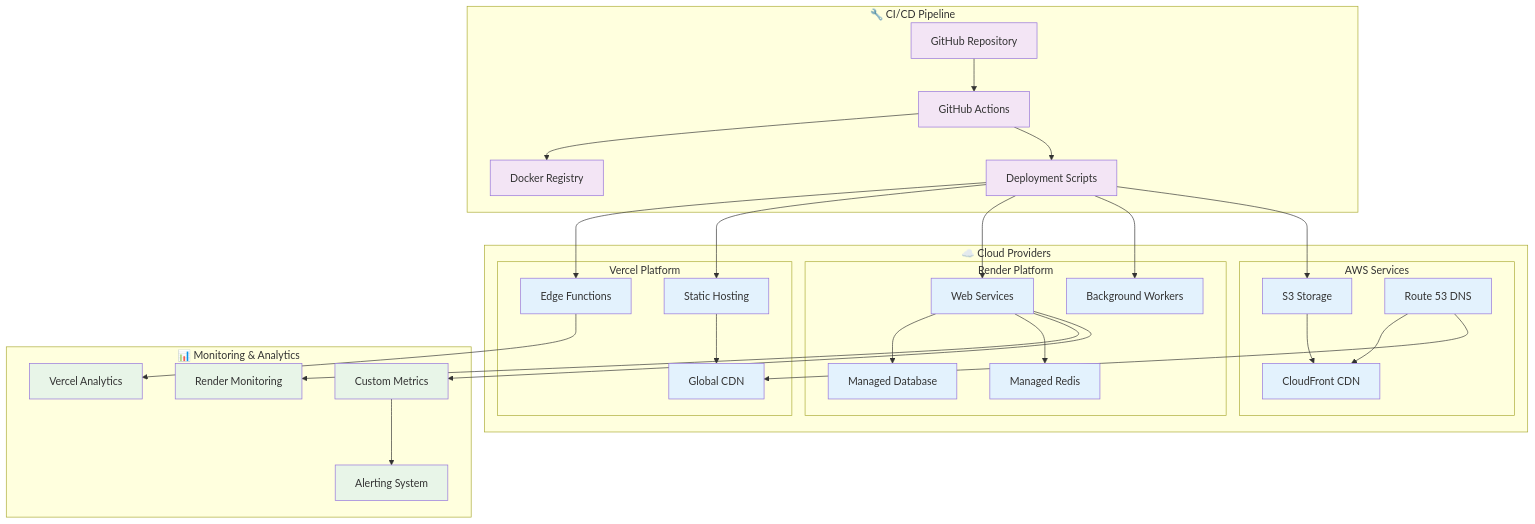
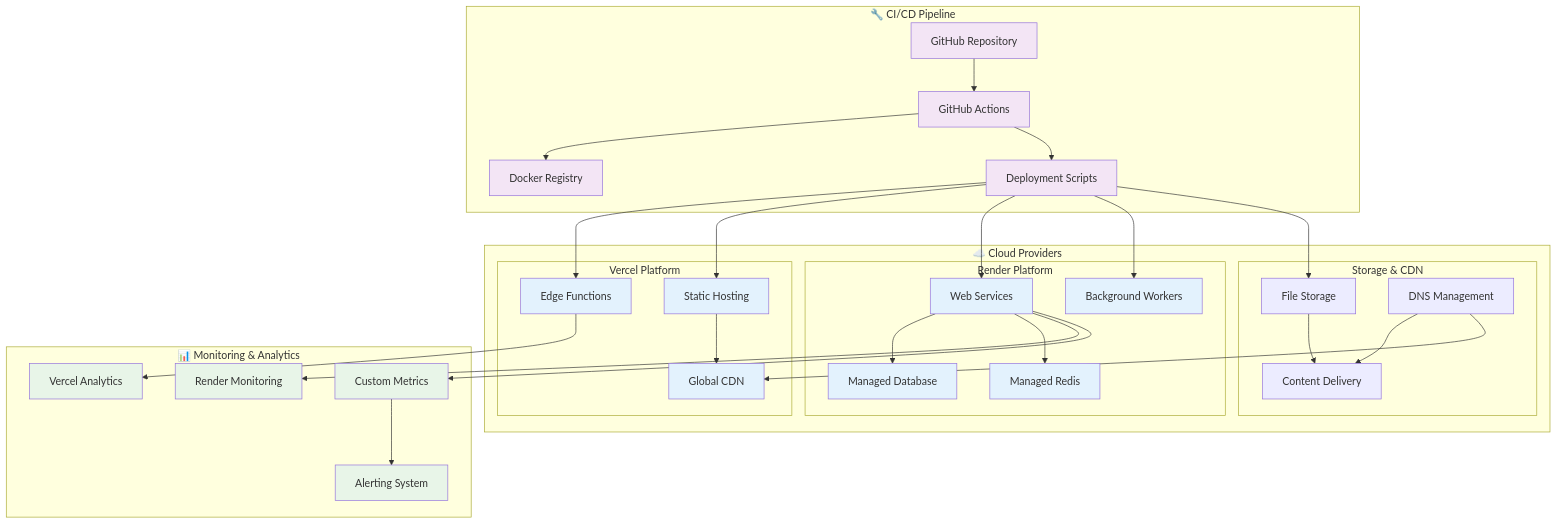
Before and after one commit to akramahmed1/QuantaEnergi: the third of 6 diagrams in docs/architecture/deployment-diagrams.md, drawn with Mermaid. The commit also changed 66 other files, not shown here.

````diff
--- a/docs/architecture/deployment-diagrams.md
+++ b/docs/architecture/deployment-diagrams.md
@@ -204,73 +204,73 @@
 ```mermaid
 graph TB
     subgraph "☁️ Cloud Providers"
         subgraph "Vercel Platform"
             Vercel_Edge[Edge Functions]
             Vercel_Static[Static Hosting]
             Vercel_CDN[Global CDN]
         end
 
         subgraph "Render Platform"
             Render_Web[Web Services]
             Render_Workers[Background Workers]
             Render_DB[Managed Database]
             Render_Redis[Managed Redis]
         end
 
-        subgraph "AWS Services"
-            S3[S3 Storage]
-            CloudFront[CloudFront CDN]
-            Route53[Route 53 DNS]
+        subgraph "Storage & CDN"
+            Storage[File Storage]
+            CDN[Content Delivery]
+            DNS[DNS Management]
         end
     end
 
     subgraph "🔧 CI/CD Pipeline"
         GitHub[GitHub Repository]
         GitHub_Actions[GitHub Actions]
         Docker_Registry[Docker Registry]
         Deployment[Deployment Scripts]
     end
 
     subgraph "📊 Monitoring & Analytics"
         Vercel_Analytics[Vercel Analytics]
         Render_Monitoring[Render Monitoring]
         Custom_Metrics[Custom Metrics]
         Alerting[Alerting System]
     end
 
     %% Deployment flow
     GitHub --> GitHub_Actions
     GitHub_Actions --> Docker_Registry
     GitHub_Actions --> Deployment
 
     %% Frontend deployment
     Deployment --> Vercel_Edge
     Deployment --> Vercel_Static
     Vercel_Static --> Vercel_CDN
 
     %% Backend deployment
     Deployment --> Render_Web
     Deployment --> Render_Workers
     Render_Web --> Render_DB
     Render_Web --> Render_Redis
 
     %% Storage and CDN
-    Deployment --> S3
-    S3 --> CloudFront
-    Route53 --> CloudFront
-    Route53 --> Vercel_CDN
+    Deployment --> Storage
+    Storage --> CDN
+    DNS --> CDN
+    DNS --> Vercel_CDN
 
     %% Monitoring
     Vercel_Edge --> Vercel_Analytics
     Render_Web --> Render_Monitoring
     Render_Web --> Custom_Metrics
     Custom_Metrics --> Alerting
 
     classDef cloud fill:#e3f2fd
     classDef cicd fill:#f3e5f5
     classDef monitoring fill:#e8f5e8
 
     class Vercel_Edge,Vercel_Static,Vercel_CDN,Render_Web,Render_Workers,Render_DB,Render_Redis,S3,CloudFront,Route53 cloud
     class GitHub,GitHub_Actions,Docker_Registry,Deployment cicd
     class Vercel_Analytics,Render_Monitoring,Custom_Metrics,Alerting monitoring
 ```
````
